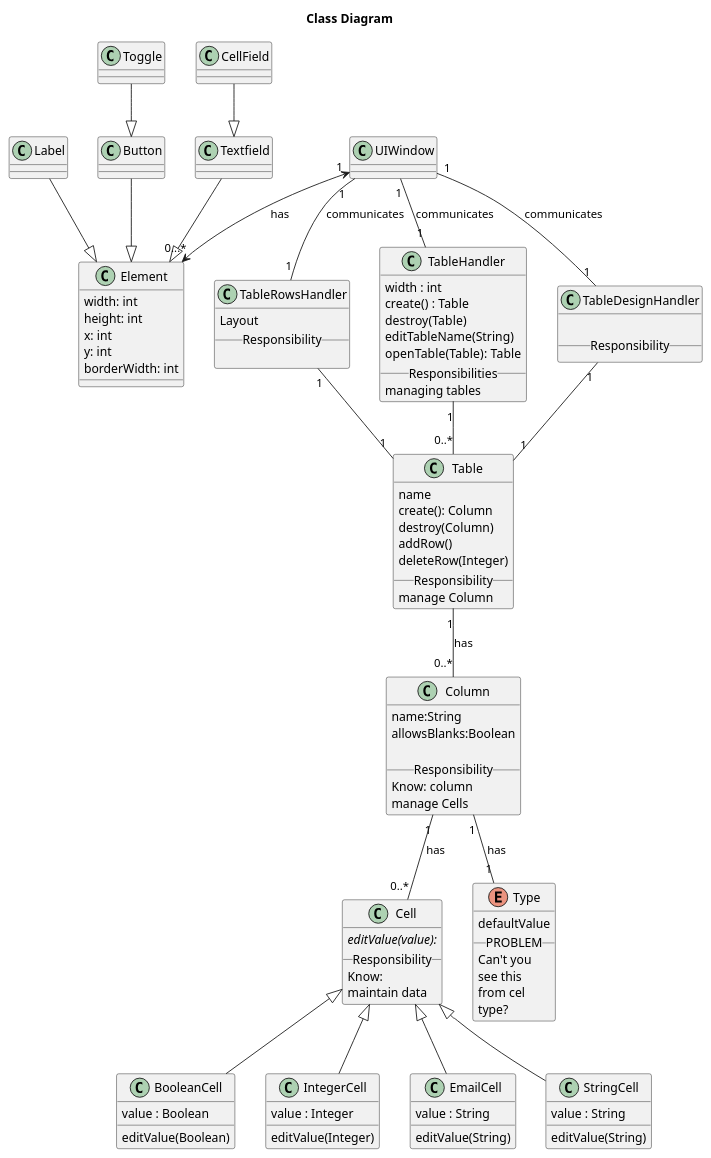
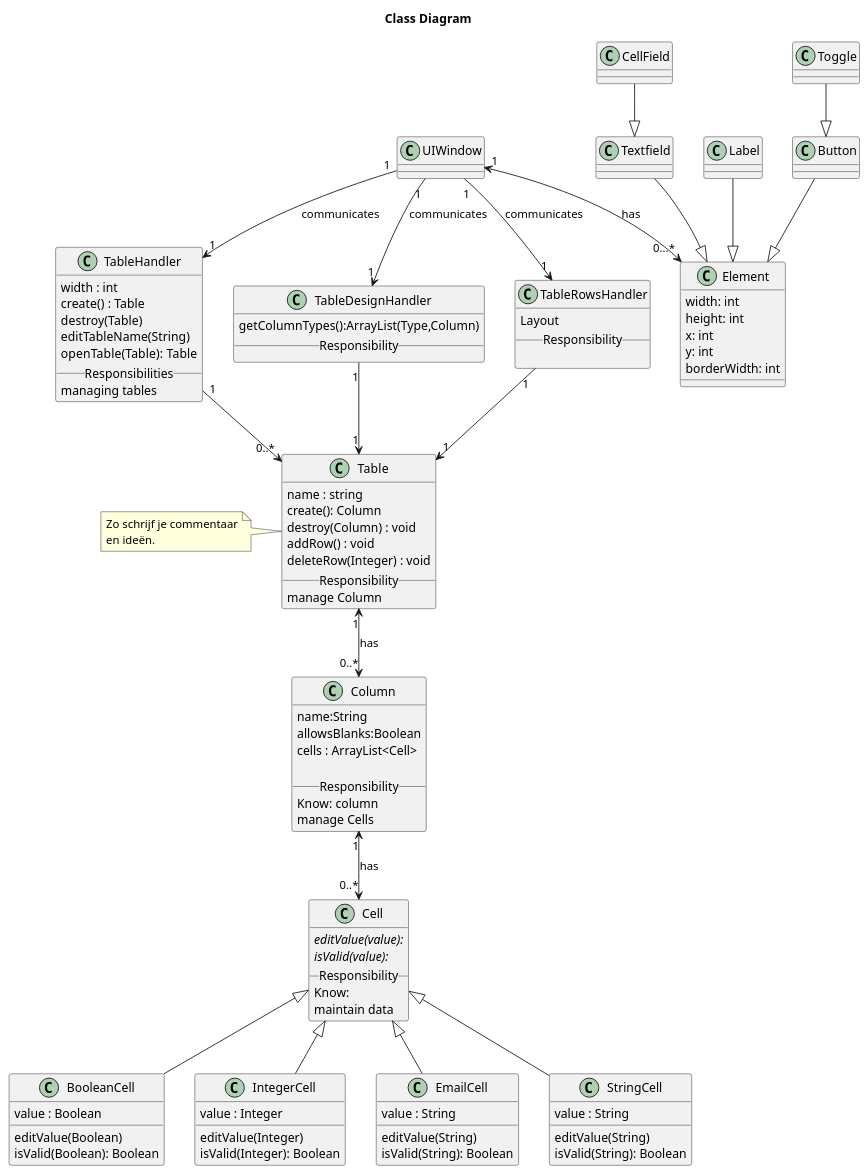
The diagram in diagrams/classDiagrams/classDiagram.puml (Bhamoss/softwareOntwerpProject), drawn with PlantUML before and after one commit.

Commit message:
class diagrams wat info toegevoegd

```diff
--- a/diagrams/classDiagrams/classDiagram.puml
+++ b/diagrams/classDiagrams/classDiagram.puml
@@ -1,142 +1,142 @@
 @startuml
 title Class Diagram
 
 class Textfield
 {
 }
 Textfield --|> Element
 
 class Label
 {
 }
 Label --|> Element
 
 class Toggle
 {
 }
 Toggle --|> Button
 class Button
 {
 }
 Button --|> Element
 
 class CellField
 {
 }
 CellField --|> Textfield
 
 class Element
 {
     width: int
     height: int
     x: int
     y: int
     borderWidth: int
 }
 UIWindow "1" <--> "0...*" Element: has
 
 class UIWindow
 {
 }
 
-UIWindow "1" -- "1" TableHandler:  communicates
-UIWindow "1" -- "1" TableDesignHandler:  communicates
-UIWindow "1" -- "1" TableRowsHandler:  communicates
+UIWindow "1" --> "1" TableHandler:  communicates
+UIWindow "1" --> "1" TableDesignHandler:  communicates
+UIWindow "1" --> "1" TableRowsHandler:  communicates
 
 
 class TableHandler
 {
     width : int
     create() : Table
     destroy(Table)
     editTableName(String)
     openTable(Table): Table
     __Responsibilities__
     managing tables
 }
-TableHandler "1" -- "0..*" Table
-TableDesignHandler "1" -- "1" Table
-TableRowsHandler "1" -- "1" Table
+TableHandler "1" --> "0..*" Table
+TableDesignHandler "1" --> "1" Table
+TableRowsHandler "1" --> "1" Table
 
+note left
+    Zo schrijf je commentaar
+    en ideën.
+end note
 
 class TableDesignHandler
 {
-
+    getColumnTypes():ArrayList(Type,Column)
 __Responsibility__
 }
 
 class TableRowsHandler
 {
     Layout
 __Responsibility__
 
 }
 
 class Table{
-    name
+    name : string
     create(): Column
-    destroy(Column)
-    addRow()
-    deleteRow(Integer)
+    destroy(Column) : void
+    addRow() : void
+    deleteRow(Integer) : void
 __Responsibility__
 manage Column
 }
 
 
 
 class Cell
 {
 editValue(value): {abstract}
+isValid(value): {abstract}
 __Responsibility__
 Know:
 maintain data
 }
 Cell <|-- BooleanCell
 Cell <|-- IntegerCell
 Cell <|-- EmailCell
 Cell <|-- StringCell
 
 class Column
 {
 name:String
 allowsBlanks:Boolean
+cells : ArrayList<Cell>
 
 __Responsibility__
 Know: column
 manage Cells
 }
-Column "1" -- "1" Type: has
-Enum Type
-{
-    defaultValue
-    __PROBLEM__
-    Can't you
-    see this
-    from cel
-    type?
-}
 
-Table "1" -- "0..*" Column: has
-Column "1" -- "0..*" Cell: has
+Table "1" <--> "0..*" Column: has
+Column "1" <--> "0..*" Cell: has
 
 class BooleanCell
 {
 value : Boolean
 editValue(Boolean)
+isValid(Boolean): Boolean
 }
 class StringCell
 {
 value : String
 editValue(String)
+isValid(String): Boolean
 }
 class EmailCell
 {
 value : String
 editValue(String)
+isValid(String): Boolean
 }
 class IntegerCell
 {
 value : Integer
 editValue(Integer)
+isValid(Integer): Boolean
 }
 @enduml
```
